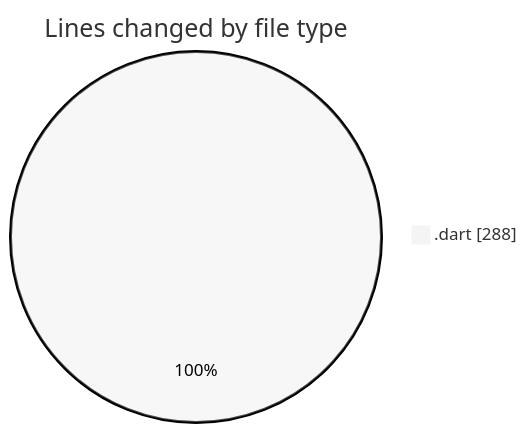
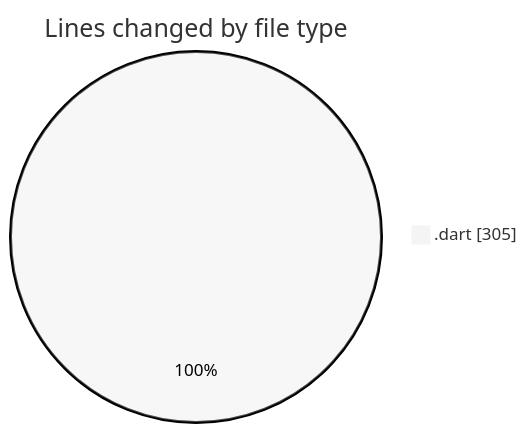
One commit to donsfak/code-tracking changed the first of 2 diagrams in 2025-03-25/wordle/README.md. Above: the diagram before and after it, drawn with Mermaid (neutral theme). The commit also changed other lines of this file and 1 other file, not shown here.

````diff
--- a/2025-03-25/wordle/README.md
+++ b/2025-03-25/wordle/README.md
@@ -26,5 +26,5 @@
 ```mermaid
 pie showData
 title Lines changed by file type
-".dart" : 288
+".dart" : 305
 ```
````
